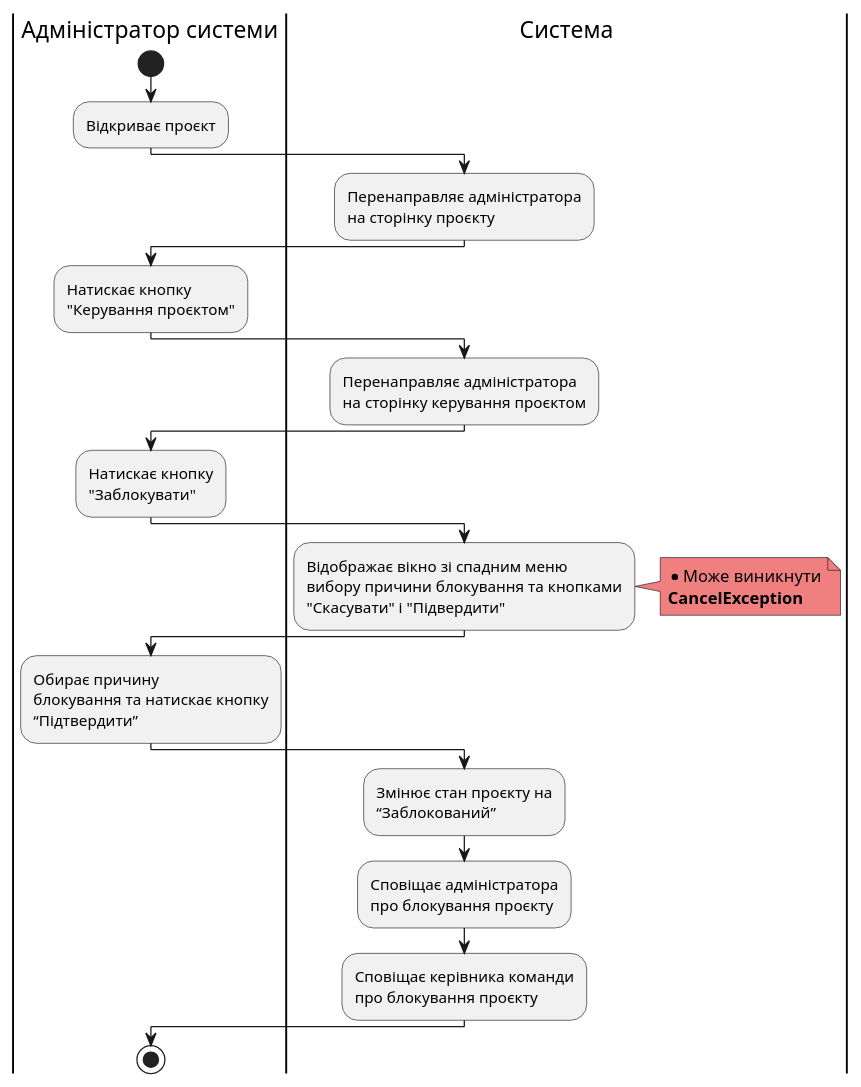
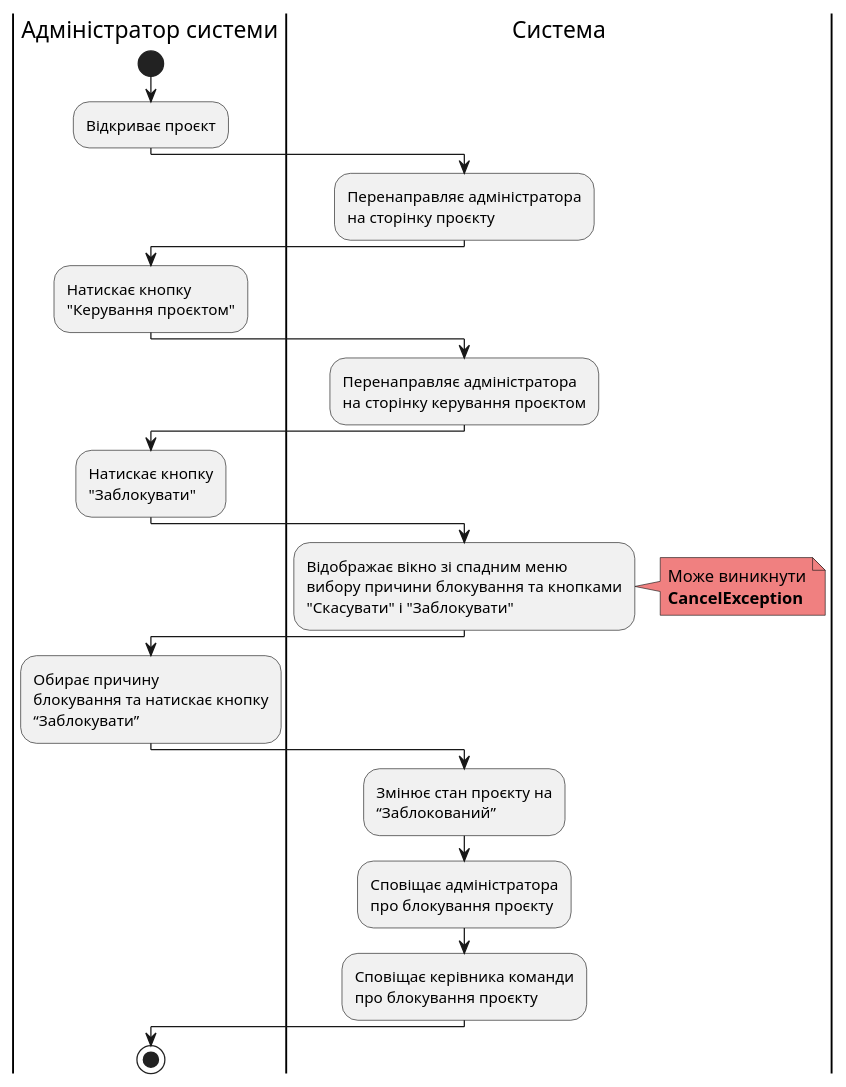
Before and after one commit to samoilenkomariia/db-coursework: diagram 19 of 23 in docs/use cases/README.md, drawn with PlantUML. The commit also changed other lines of this file, not shown here.

```diff
--- a/docs/use cases/README.md
+++ b/docs/use cases/README.md
@@ -841,29 +841,29 @@
 @startuml
       
       |Адміністратор системи|
       start
       :Відкриває проєкт;
       |Система|
       :Перенаправляє адміністратора\nна сторінку проєкту;
       |Адміністратор системи|
       :Натискає кнопку\n"Керування проєктом";
       |Система|
       :Перенаправляє адміністратора\nна сторінку керування проєктом;
       |Адміністратор системи|
       :Натискає кнопку\n"Заблокувати";
       |Система|
-      :Відображає вікно зі спадним меню\nвибору причини блокування та кнопками\n"Скасувати" і "Підвердити";
+      :Відображає вікно зі спадним меню\nвибору причини блокування та кнопками\n"Скасувати" і "Заблокувати";
       note right #lightcoral
-         * Може виникнути
+         Може виникнути
          <b>CancelException</b>
       end note
       |Адміністратор системи|
-      :Обирає причину\nблокування та натискає кнопку\n“Підтвердити”;
+      :Обирає причину\nблокування та натискає кнопку\n“Заблокувати”;
       |Система|
       :Змінює стан проєкту на\n“Заблокований”;
       :Сповіщає адміністратора\nпро блокування проєкту;
       :Сповіщає керівника команди\nпро блокування проєкту;
       |Адміністратор системи|
       stop
     
 @enduml
```
